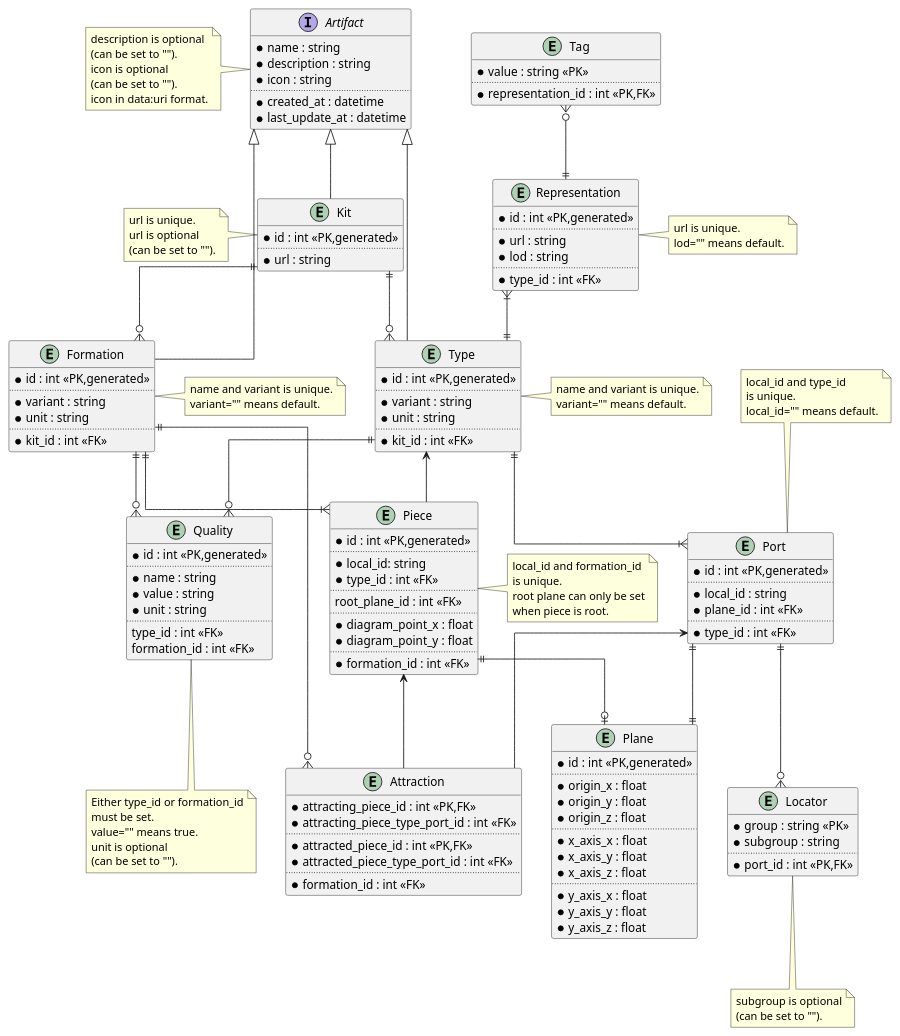
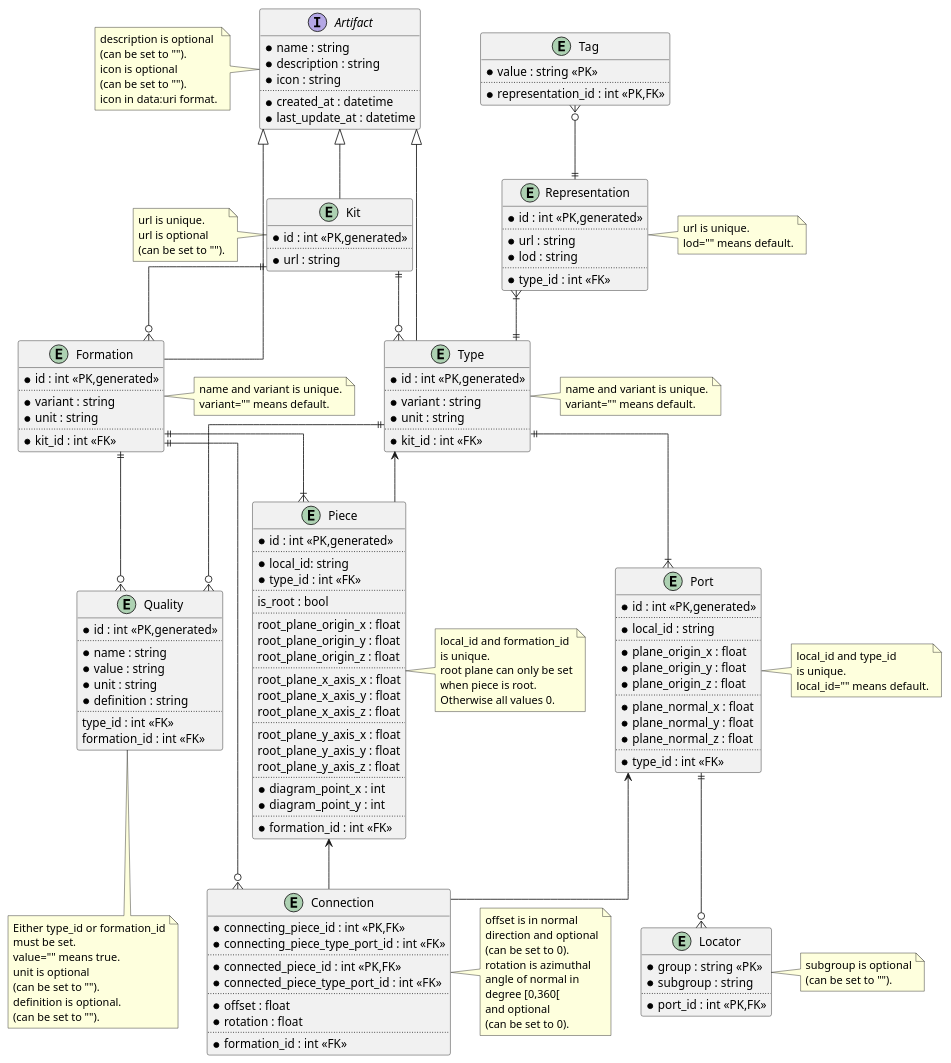
Before and after one commit to usalu/semio: the diagram in docs/softwarequality/softwarearchitecture/dataarchitecture.pu, drawn with PlantUML. The commit also changed 156 other files, not shown here.

```diff
--- a/docs/softwarequality/softwarearchitecture/dataarchitecture.pu
+++ b/docs/softwarequality/softwarearchitecture/dataarchitecture.pu
@@ -60,31 +60,22 @@
     *representation_id : int <<PK,FK>>
 }
 
-entity Plane{
-    *id : int <<PK,generated>>
-    ..
-    *origin_x : float
-    *origin_y : float
-    *origin_z : float
-    ..
-    *x_axis_x : float
-    *x_axis_y : float
-    *x_axis_z : float
-    ..
-    *y_axis_x : float
-    *y_axis_y : float
-    *y_axis_z : float
-}
-
 entity Port {
     *id : int <<PK,generated>>
     ..
     *local_id : string
-    *plane_id : int <<FK>>
+    ..
+    *plane_origin_x : float
+    *plane_origin_y : float
+    *plane_origin_z : float
+    ..
+    *plane_normal_x : float
+    *plane_normal_y : float
+    *plane_normal_z : float
     ..
     *type_id : int <<FK>>
 }
-note top of Port
+note right of Port
     local_id and type_id
     is unique.
     local_id="" means default.
@@ -96,6 +87,7 @@
     *name : string
     *value : string
     *unit : string
+    *definition : string
     ..
     type_id : int <<FK>>
     formation_id : int <<FK>>
@@ -106,6 +98,8 @@
     value="" means true.
     unit is optional
     (can be set to "").
+    definition is optional.
+    (can be set to "").
 end note
 
 
@@ -115,7 +109,7 @@
     ..
     *port_id : int <<PK,FK>>
 }
-note bottom of Locator
+note right of Locator
     subgroup is optional
     (can be set to "").
 end note
@@ -126,10 +120,22 @@
     *local_id: string
     *type_id : int <<FK>>
     ..
-    root_plane_id : int <<FK>>
+    is_root : bool
     ..
-    *diagram_point_x : float
-    *diagram_point_y : float
+    root_plane_origin_x : float
+    root_plane_origin_y : float
+    root_plane_origin_z : float
+    ..
+    root_plane_x_axis_x : float
+    root_plane_x_axis_y : float
+    root_plane_x_axis_z : float
+    ..
+    root_plane_y_axis_x : float
+    root_plane_y_axis_y : float
+    root_plane_y_axis_z : float
+    ..
+    *diagram_point_x : int
+    *diagram_point_y : int
     ..
     *formation_id : int <<FK>>
 }
@@ -138,17 +144,31 @@
     is unique.
     root plane can only be set
     when piece is root.
+    Otherwise all values 0.
 end note
 
-entity Attraction {
-    *attracting_piece_id : int <<PK,FK>>
-    *attracting_piece_type_port_id : int <<FK>>
+entity Connection {
+    *connecting_piece_id : int <<PK,FK>>
+    *connecting_piece_type_port_id : int <<FK>>
     ..
-    *attracted_piece_id : int <<PK,FK>>
-    *attracted_piece_type_port_id : int <<FK>>
+    *connected_piece_id : int <<PK,FK>>
+    *connected_piece_type_port_id : int <<FK>>
+    ..
+    *offset : float
+    *rotation : float
     ..
     *formation_id : int <<FK>>
 }
+note right of Connection
+    offset is in normal 
+    direction and optional
+    (can be set to 0).
+    rotation is azimuthal
+    angle of normal in
+    degree [0,360[
+    and optional
+    (can be set to 0). 
+end note
 
 entity Formation {
     *id : int <<PK,generated>>
@@ -170,14 +190,12 @@
 Type ||--|{ Port
 Type ||--o{ Quality
 Formation ||--|{ Piece
-Formation ||--o{ Attraction
+Formation ||--o{ Connection
 Formation ||--o{ Quality
-Port ||--|| Plane
 Port ||--o{  Locator
-Piece ||--o| Plane
 Type <-- Piece
-Piece <-- Attraction
-Port <-- Attraction
+Piece <-- Connection
+Port <-- Connection
 
 Artifact <|-- Kit
 Artifact <|-- Formation
```
